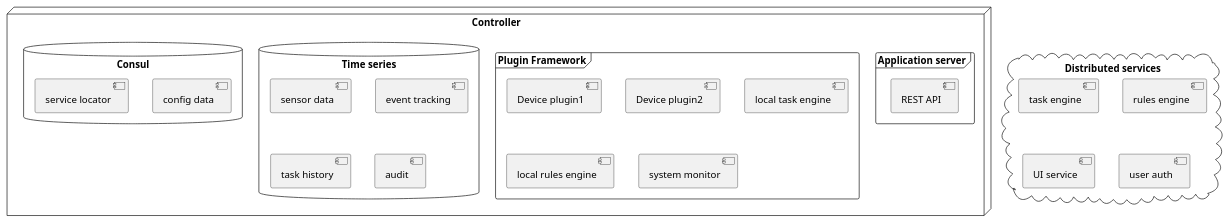
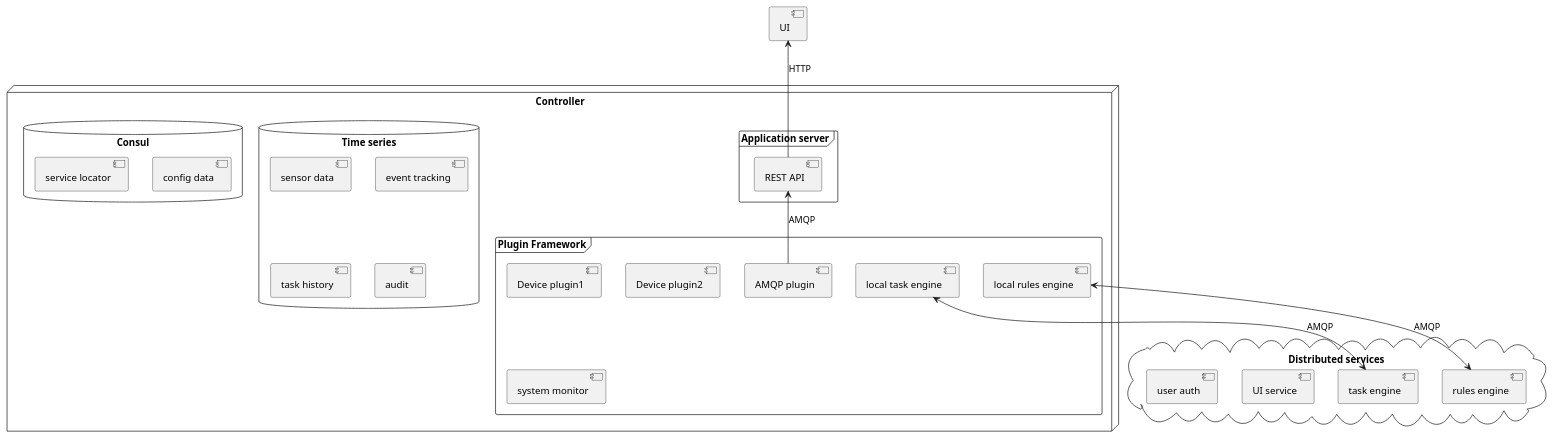
The first of 2 diagrams in DESIGN.md (healem/bbb), drawn with PlantUML before and after one commit.

Commit message:
Add some links to component diagram

```diff
--- a/DESIGN.md
+++ b/DESIGN.md
@@ -17,30 +17,35 @@
 @startuml;
 node "Controller"{
 frame "Application server"{
 [REST API]
 }
 frame "Plugin Framework"{
+[AMQP plugin]
 [Device plugin1]
 [Device plugin2]
 [local task engine]
 [local rules engine]
 [system monitor]
 }
 database "Time series"{
 [sensor data]
 [event tracking]
 [task history]
 [audit]
 }
 database "Consul"{
 [config data]
 [service locator]
 }
 }
 cloud "Distributed services"{
 [task engine]
 [rules engine]
 [UI service]
 [user auth]
 }
+[local task engine] <--> [task engine] : AMQP
+[local rules engine] <--> [rules engine] : AMQP
+[UI] <-- [REST API] : HTTP
+[REST API] <-- [AMQP plugin] : AMQP
 @enduml
```
